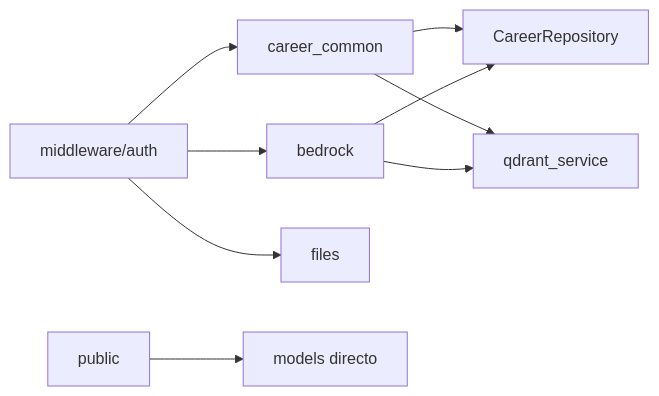
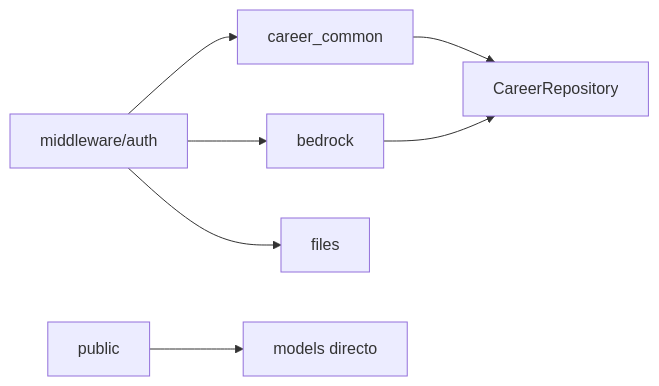
One commit to cjhirashi/cjhirashi-career changed the second of 2 diagrams in cjhirashi-career-api/docs/sections/infrastructure/README.md. Above: the diagram before and after it, drawn with Mermaid. The commit also changed other lines of this file and 81 other files, not shown here.

````diff
--- a/cjhirashi-career-api/docs/sections/infrastructure/README.md
+++ b/cjhirashi-career-api/docs/sections/infrastructure/README.md
@@ -181,11 +170,9 @@
 ```mermaid
 graph LR
     Auth[middleware/auth] --> Career[career_common]
     Auth --> Bedrock[bedrock]
     Auth --> Files[files]
     Career --> Repo[CareerRepository]
-    Career --> Qdrant[qdrant_service]
     Bedrock --> Repo
-    Bedrock --> Qdrant
     Public[public] --> Models[models directo]
 ```
````
